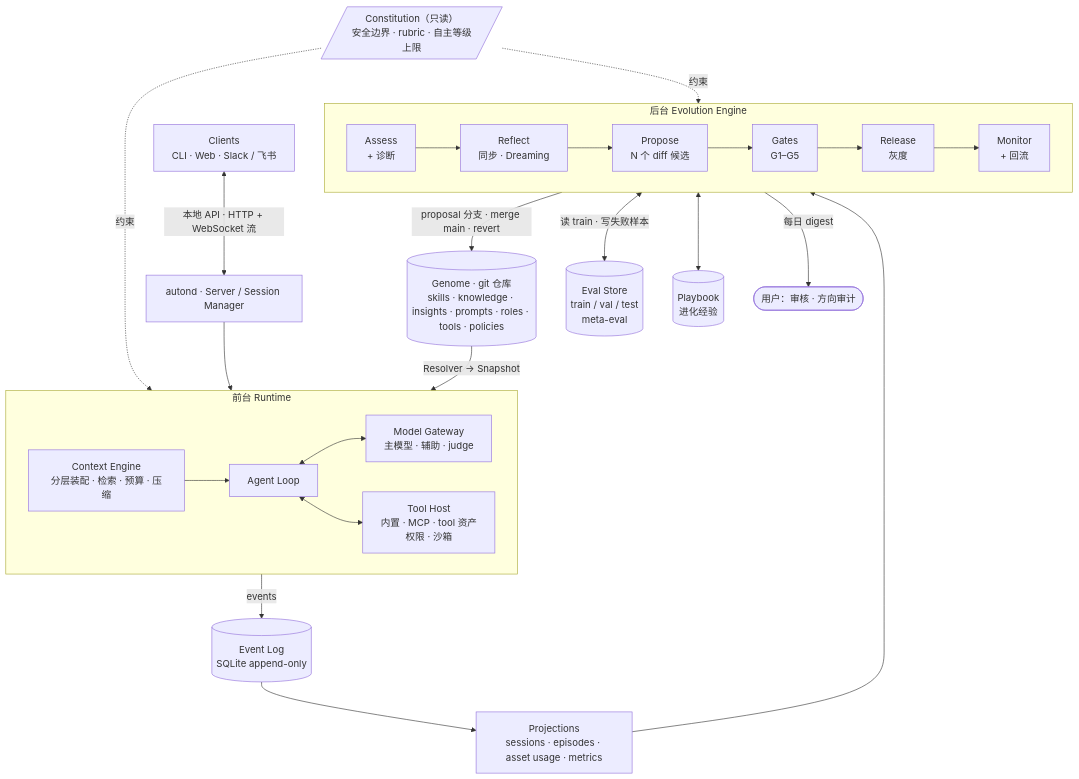
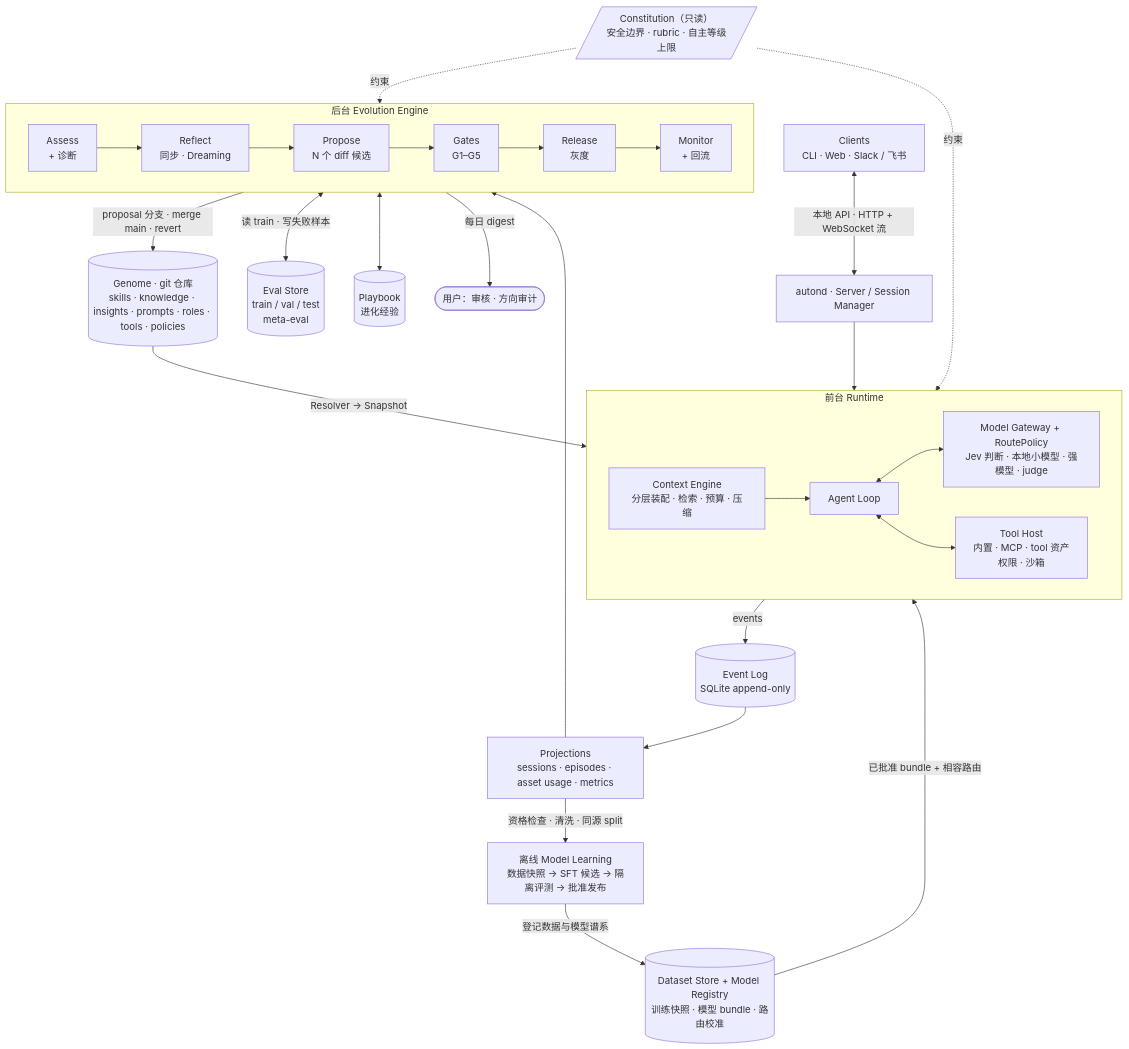
The first of 15 diagrams in docs/self-evolution-architecture.md (LB-Young/Auton), drawn with Mermaid before and after one commit. The commit also changed other lines of this file and 7 other files, not shown here.

Commit message:
docs: design Jev routing and local model learning pipeline

````diff
--- a/docs/self-evolution-architecture.md
+++ b/docs/self-evolution-architecture.md
@@ -53,26 +56,29 @@
 ```mermaid
 flowchart TB
   CL["Clients<br/>CLI · Web · Slack / 飞书"] <-->|"本地 API · HTTP + WebSocket 流"| API["autond · Server / Session Manager"]
   API --> RT
   subgraph RT["前台 Runtime"]
     direction LR
     CE["Context Engine<br/>分层装配 · 检索 · 预算 · 压缩"] --> LOOP["Agent Loop"]
-    LOOP <--> MG["Model Gateway<br/>主模型 · 辅助 · judge"]
+    LOOP <--> MG["Model Gateway + RoutePolicy<br/>Jev 判断 · 本地小模型 · 强模型 · judge"]
     LOOP <--> TH["Tool Host<br/>内置 · MCP · tool 资产<br/>权限 · 沙箱"]
   end
   RT -->|"events"| LOG[("Event Log<br/>SQLite append-only")]
   LOG --> PJ["Projections<br/>sessions · episodes · asset usage · metrics"]
   PJ --> EV
   subgraph EV["后台 Evolution Engine"]
     direction LR
     AS["Assess<br/>+ 诊断"] --> RF["Reflect<br/>同步 · Dreaming"] --> PR["Propose<br/>N 个 diff 候选"] --> GT["Gates<br/>G1–G5"] --> RL["Release<br/>灰度"] --> MO["Monitor<br/>+ 回流"]
   end
   EV -->|"proposal 分支 · merge main · revert"| G[("Genome · git 仓库<br/>skills · knowledge · insights · prompts · roles · tools · policies")]
   G -->|"Resolver → Snapshot"| RT
+  PJ -->|"资格检查 · 清洗 · 同源 split"| ML["离线 Model Learning<br/>数据快照 → SFT 候选 → 隔离评测 → 批准发布"]
+  ML -->|"登记数据与模型谱系"| MS[("Dataset Store + Model Registry<br/>训练快照 · 模型 bundle · 路由校准")]
+  MS -->|"已批准 bundle + 相容路由"| MG
   EV <-->|"读 train · 写失败样本"| ES[("Eval Store<br/>train / val / test<br/>meta-eval")]
   EV <--> PB[("Playbook<br/>进化经验")]
   EV -->|"每日 digest"| HU(["用户：审核 · 方向审计"])
   CON[/"Constitution（只读）<br/>安全边界 · rubric · 自主等级上限"/]
   CON -.->|约束| RT
   CON -.->|约束| EV
 ```
````
